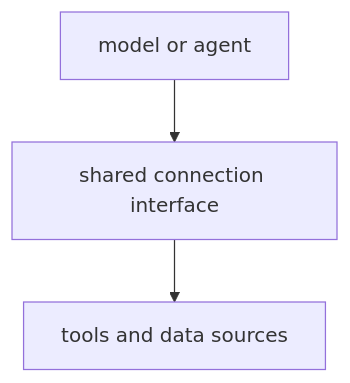
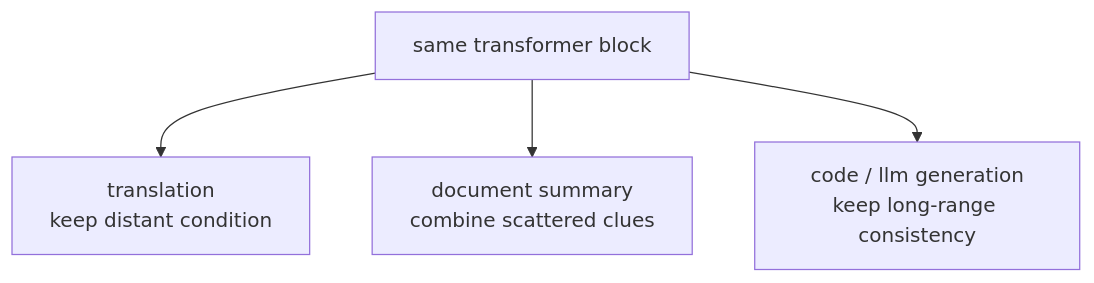
One commit to devchan64/AiBook changed the second of 2 diagrams in docs/parts/part-05/chapter-14/section-01.md. Above: the diagram before and after it, drawn with Mermaid. The commit also changed other lines of this file and 213 other files, not shown here.

````diff
--- a/docs/parts/part-05/chapter-14/section-01.md
+++ b/docs/parts/part-05/chapter-14/section-01.md
@@ -185,9 +202,11 @@
 ```mermaid
 flowchart TD
-  A["model or agent"]
-  B["shared connection interface"]
-  C["tools and data sources"]
+  A["same transformer block"]
+  B["translation<br/>keep distant condition"]
+  C["document summary<br/>combine scattered clues"]
+  D["code / llm generation<br/>keep long-range consistency"]
 
   A --> B
-  B --> C
+  A --> C
+  A --> D
 ```
````
